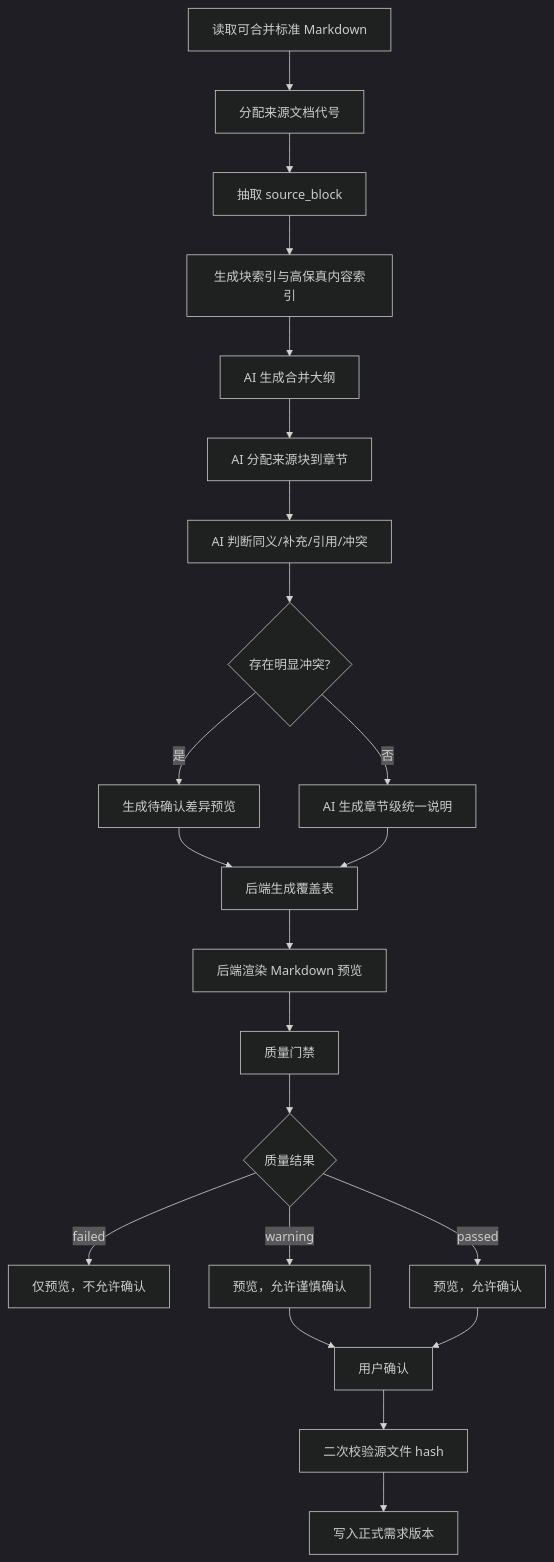
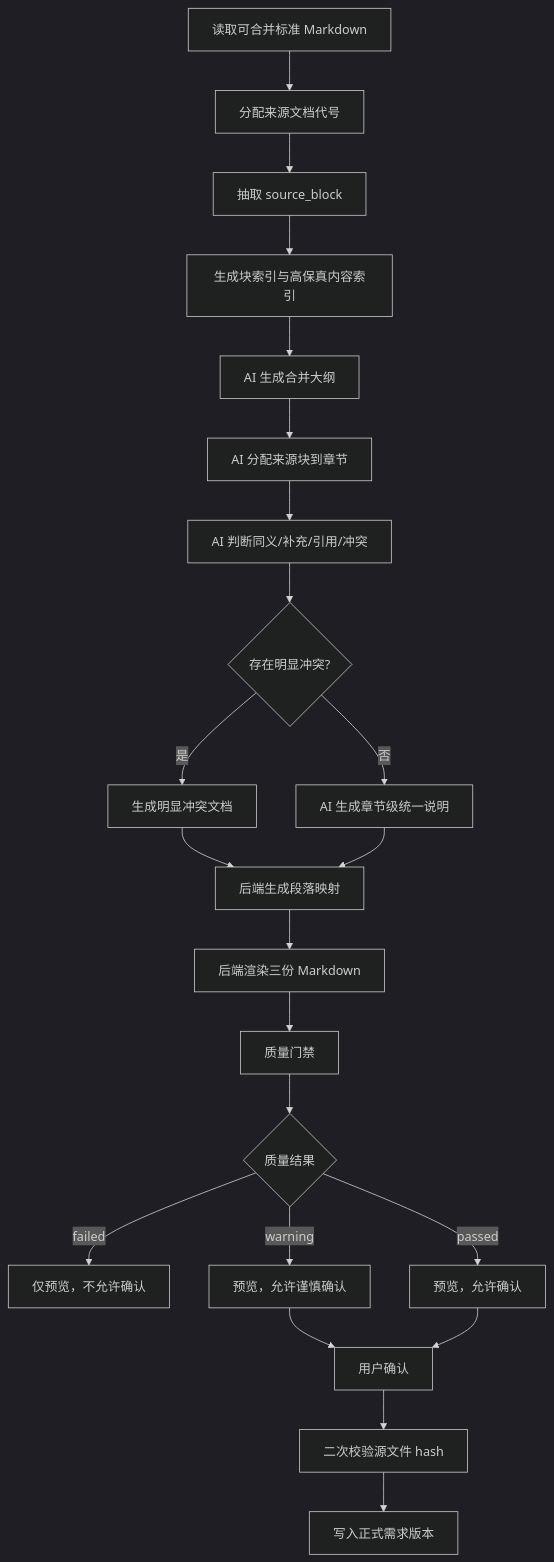
One commit to Elixir-Wang/aitest changed the diagram in docs/superpowers/specs/2026-05-28-requirement-merge-source-block-redesign-spec.md. Above: the diagram before and after it, drawn with Mermaid (dark theme). The commit also changed other lines of this file, not shown here.

````diff
--- a/docs/superpowers/specs/2026-05-28-requirement-merge-source-block-redesign-spec.md
+++ b/docs/superpowers/specs/2026-05-28-requirement-merge-source-block-redesign-spec.md
@@ -142,24 +142,24 @@
 ```mermaid
 flowchart TD
   A["读取可合并标准 Markdown"] --> B["分配来源文档代号"]
   B --> C["抽取 source_block"]
   C --> D["生成块索引与高保真内容索引"]
   D --> E["AI 生成合并大纲"]
   E --> F["AI 分配来源块到章节"]
   F --> G["AI 判断同义/补充/引用/冲突"]
   G --> H{"存在明显冲突?"}
-  H -- 是 --> I["生成待确认差异预览"]
+  H -- 是 --> I["生成明显冲突文档"]
   H -- 否 --> J["AI 生成章节级统一说明"]
-  I --> K["后端生成覆盖表"]
+  I --> K["后端生成段落映射"]
   J --> K
-  K --> L["后端渲染 Markdown 预览"]
+  K --> L["后端渲染三份 Markdown"]
   L --> M["质量门禁"]
   M --> N{"质量结果"}
   N -- failed --> O["仅预览，不允许确认"]
   N -- warning --> P["预览，允许谨慎确认"]
   N -- passed --> Q["预览，允许确认"]
   P --> R["用户确认"]
   Q --> R
   R --> S["二次校验源文件 hash"]
   S --> T["写入正式需求版本"]
 ```
````
